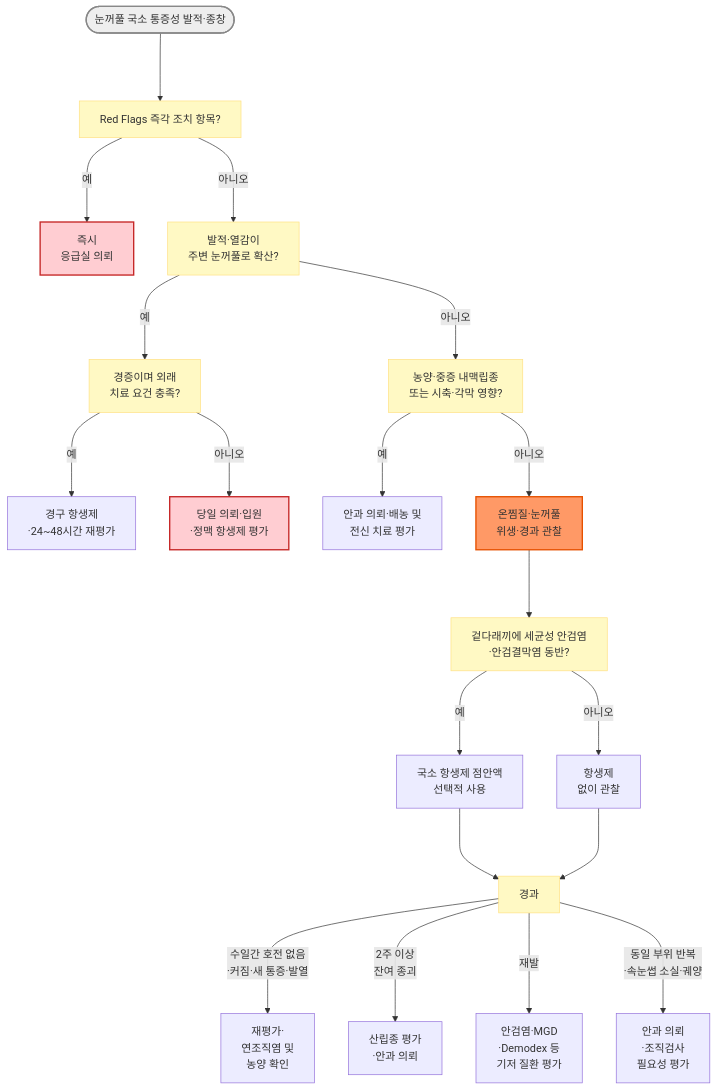
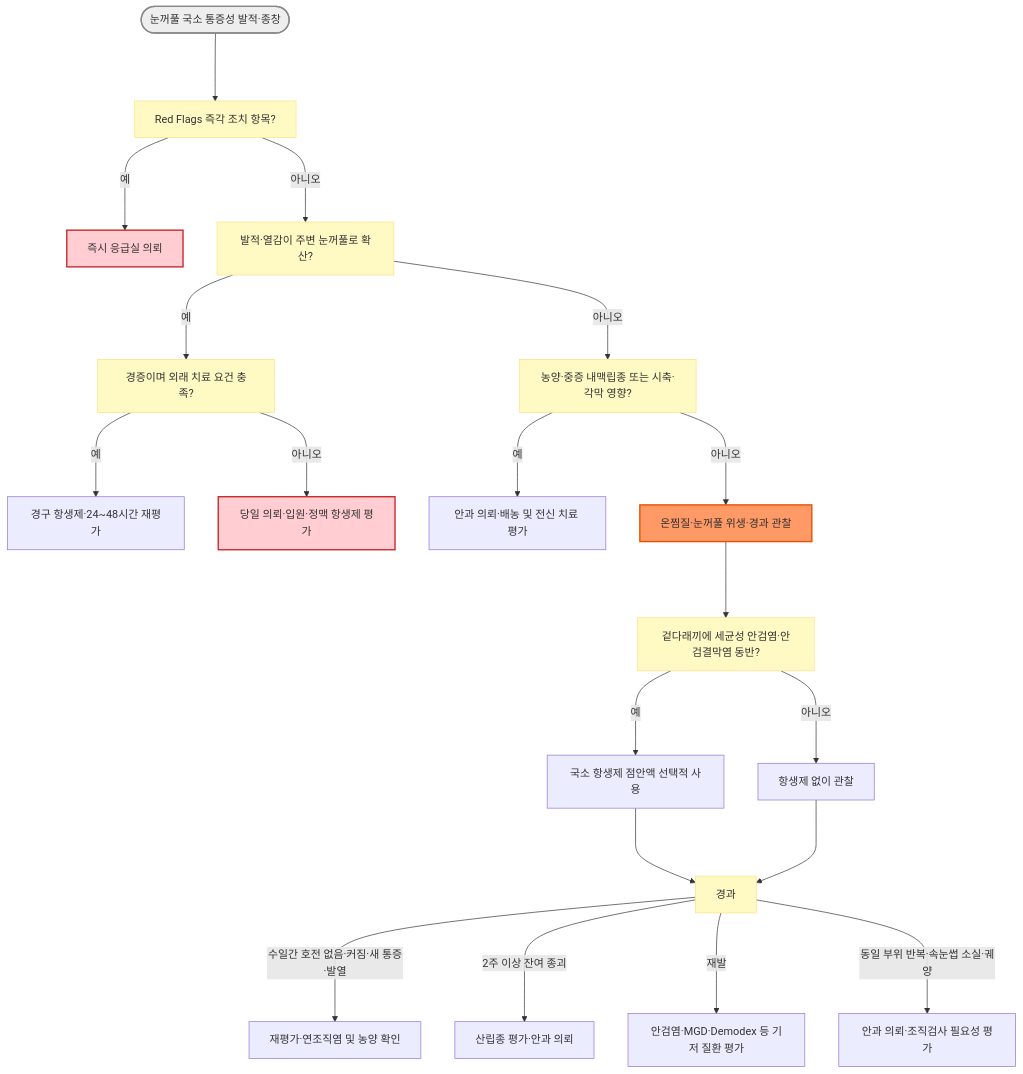
Before and after one commit to familyoh77/familyoh77: the diagram in 222_/040_-hordeolum.md, drawn with Mermaid. The commit also changed other lines of this file, not shown here.

````diff
--- a/222_/040_-hordeolum.md
+++ b/222_/040_-hordeolum.md
@@ -95,27 +95,32 @@
 ```mermaid
 graph TD
     Start(["눈꺼풀 국소 통증성 발적·종창"]) ---> Q1["Red Flags 즉각 조치 항목?"]
-    Q1 --->|예| ER["즉시 <br>응급실 의뢰"]
-    Q1 --->|아니오| Q2["발적·열감이 <br>주변 눈꺼풀로 확산?"]
-    Q2 --->|예| Q2b["경증이며 외래 <br>치료 요건 충족?"]
-    Q2b --->|예| PS["경구 항생제<br>·24~48시간 재평가"]
-    Q2b --->|아니오| ADM["당일 의뢰·입원<br>·정맥 항생제 평가"]
-    Q2 --->|아니오| Q3["농양·중증 내맥립종 <br>또는 시축·각막 영향?"]
-    Q3 --->|예| ID["안과 의뢰·배농 및 <br>전신 치료 평가"]
-    Q3 --->|아니오| HC["온찜질·눈꺼풀 <br>위생·경과 관찰"]
-    HC ---> Q4["겉다래끼에 세균성 안검염<br>·안검결막염 동반?"]
-    Q4 --->|예| TA["국소 항생제 점안액 <br>선택적 사용"]
-    Q4 --->|아니오| OBS["항생제 <br>없이 관찰"]
+    Q1 --->|예| ER["즉시 응급실 의뢰"]
+    Q1 --->|아니오| Q2["발적·열감이 주변 눈꺼풀로 확산?"]
+    Q2 --->|예| Q2b["경증이며 외래 치료 요건 충족?"]
+    Q2b --->|예| PS["경구 항생제·24~48시간 재평가"]
+    Q2b --->|아니오| ADM["당일 의뢰·입원·정맥 항생제 평가"]
+    Q2 --->|아니오| Q3["농양·중증 내맥립종 또는 시축·각막 영향?"]
+    Q3 --->|예| ID["안과 의뢰·배농 및 전신 치료 평가"]
+    Q3 --->|아니오| HC["온찜질·눈꺼풀 위생·경과 관찰"]
+    HC ---> Q4["겉다래끼에 세균성 안검염·안검결막염 동반?"]
+    Q4 --->|예| TA["국소 항생제 점안액 선택적 사용"]
+    Q4 --->|아니오| OBS["항생제 없이 관찰"]
     TA ---> Q5["경과"]
     OBS ---> Q5
-    Q5 --->|"수일간 호전 없음<br>·커짐·새 통증·발열"| RE["재평가·<br>연조직염 및 <br>농양 확인"]
-    Q5 --->|"2주 이상 <br>잔여 종괴"| CH["산립종 평가<br>·안과 의뢰"]
-    Q5 --->|"재발"| RC["안검염·MGD<br>·Demodex 등 <br>기저 질환 평가"]
-    Q5 --->|"동일 부위 반복<br>·속눈썹 소실·궤양"| MAL["안과 의뢰<br>·조직검사 <br>필요성 평가"]
+    Q5 --->|"수일간 호전 없음·커짐·새 통증·발열"| RE["재평가·연조직염 및 농양 확인"]
+    Q5 --->|"2주 이상 잔여 종괴"| CH["산립종 평가·안과 의뢰"]
+    Q5 --->|"재발"| RC["안검염·MGD·Demodex 등 기저 질환 평가"]
+    Q5 --->|"동일 부위 반복·속눈썹 소실·궤양"| MAL["안과 의뢰·조직검사 필요성 평가"]
+
     style Start fill:#eeeeee,stroke:#888888,stroke-width:2px
-    classDef yellow fill:#fff9c4,stroke:#ffe082
-    class Q1,Q2,Q2b,Q3,Q4,Q5 yellow
+    style Q1 fill:#fff9c4,stroke:#ffe082
+    style Q2 fill:#fff9c4,stroke:#ffe082
+    style Q2b fill:#fff9c4,stroke:#ffe082
+    style Q3 fill:#fff9c4,stroke:#ffe082
+    style Q4 fill:#fff9c4,stroke:#ffe082
+    style Q5 fill:#fff9c4,stroke:#ffe082
     style HC fill:#f96,stroke:#e65100,stroke-width:2px
     style ER fill:#ffcdd2,stroke:#c62828,stroke-width:2px
     style ADM fill:#ffcdd2,stroke:#c62828,stroke-width:2px
 ```
````
